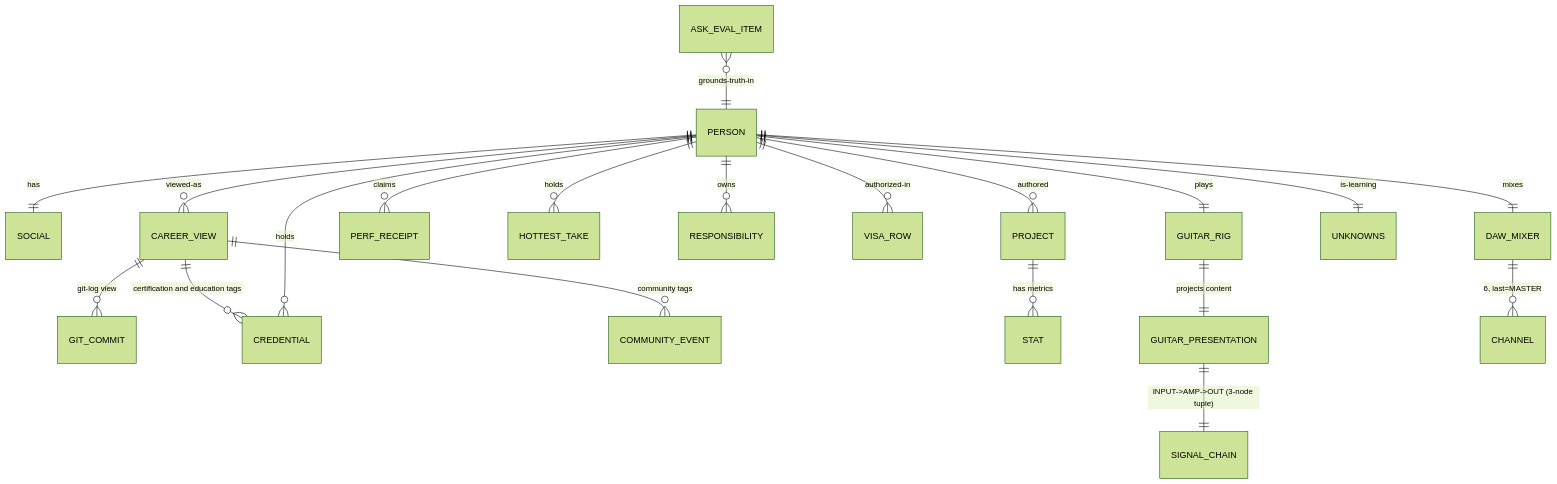
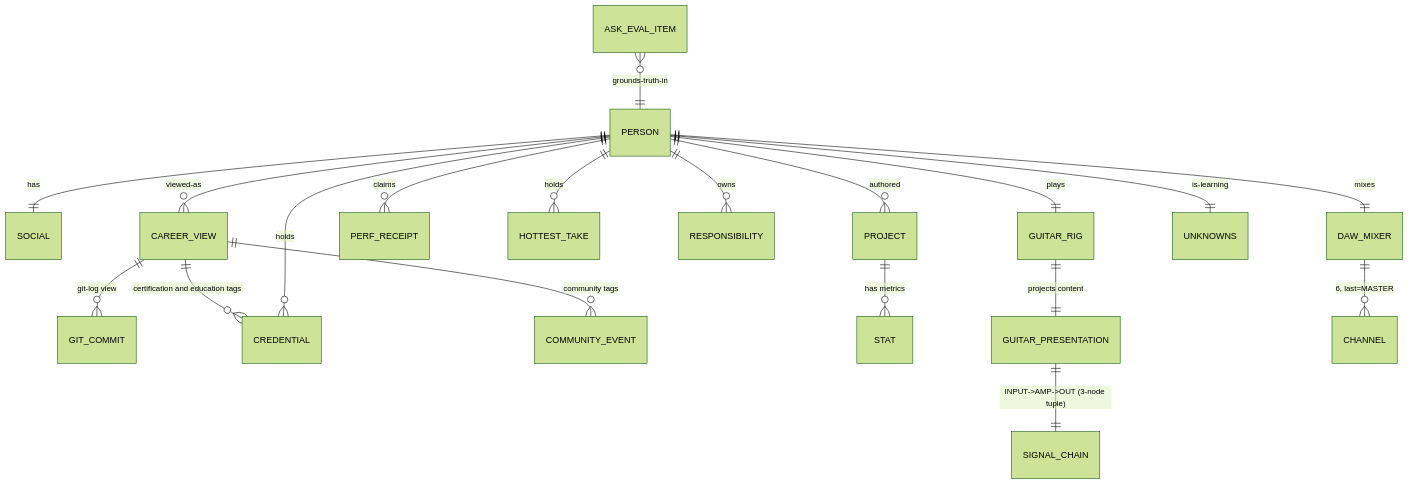
Before and after one commit to erikunha/portfolio: the second of 2 diagrams in docs/02-domain.md, drawn with Mermaid (forest theme). The commit also changed other lines of this file and 73 other files, not shown here.

````diff
--- a/docs/02-domain.md
+++ b/docs/02-domain.md
@@ -83,22 +82,21 @@
 ```mermaid
 erDiagram
     PERSON ||--|| SOCIAL : has
     PERSON ||--o{ CAREER_VIEW : "viewed-as"
     CAREER_VIEW ||--o{ GIT_COMMIT : "git-log view"
     CAREER_VIEW ||--o{ CREDENTIAL : "certification and education tags"
     CAREER_VIEW ||--o{ COMMUNITY_EVENT : "community tags"
     PERSON ||--o{ PROJECT : authored
     PROJECT ||--o{ STAT : "has metrics"
     PERSON ||--o{ PERF_RECEIPT : claims
     PERSON ||--o{ HOTTEST_TAKE : holds
     PERSON ||--o{ RESPONSIBILITY : owns
-    PERSON ||--o{ VISA_ROW : "authorized-in"
     PERSON ||--o{ CREDENTIAL : holds
     PERSON ||--|| GUITAR_RIG : plays
     GUITAR_RIG ||--|| GUITAR_PRESENTATION : "projects content"
     GUITAR_PRESENTATION ||--|| SIGNAL_CHAIN : "INPUT->AMP->OUT (3-node tuple)"
     PERSON ||--|| DAW_MIXER : mixes
     DAW_MIXER ||--o{ CHANNEL : "6, last=MASTER"
     PERSON ||--|| UNKNOWNS : "is-learning"
     ASK_EVAL_ITEM }o--|| PERSON : "grounds-truth-in"
 ```
````
